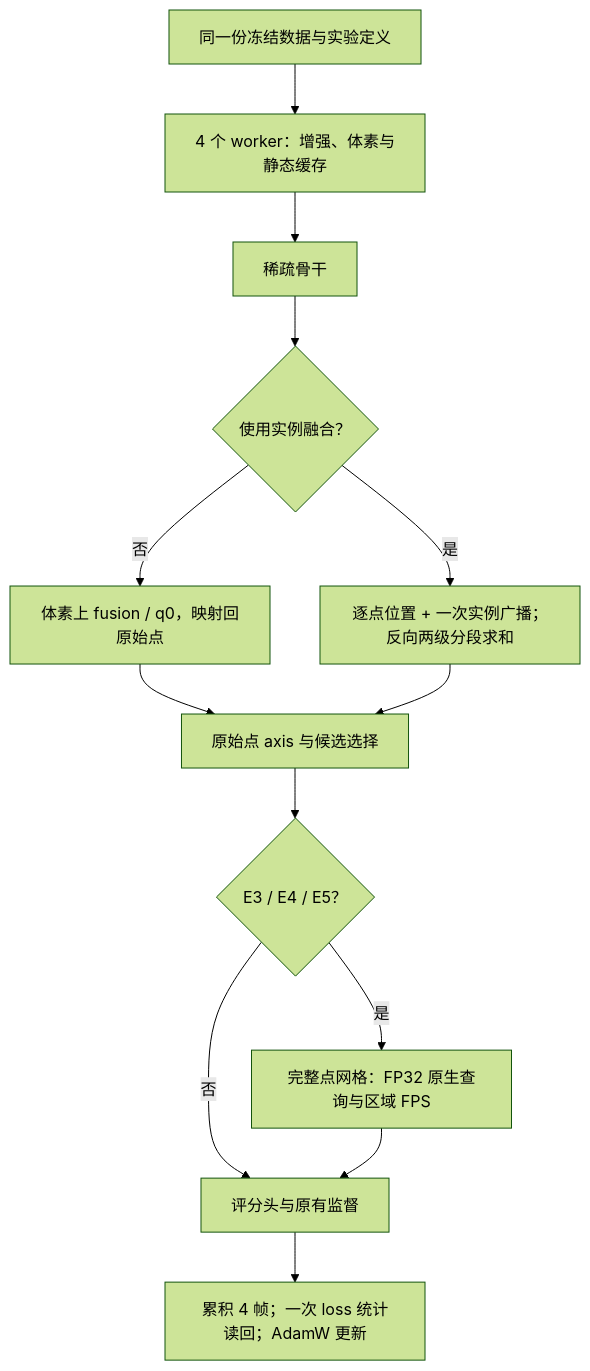
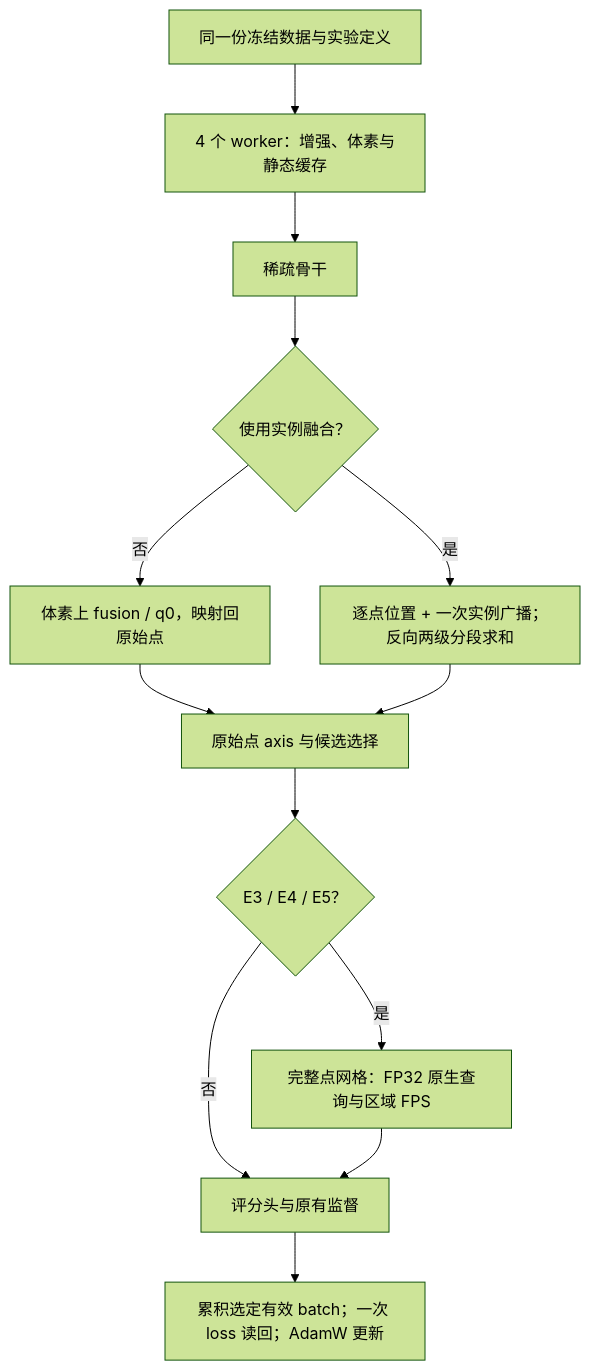
Before and after one commit to chichu-lv/suctionnet_modern_20mm: the diagram in docs/FROM_SCRATCH_PERFORMANCE.md, drawn with Mermaid (forest theme). The commit also changed other lines of this file and 17 other files, not shown here.

````diff
--- a/docs/FROM_SCRATCH_PERFORMANCE.md
+++ b/docs/FROM_SCRATCH_PERFORMANCE.md
@@ -31,15 +31,15 @@
 ```mermaid
 flowchart TB
     A["同一份冻结数据与实验定义"] --> B["4 个 worker：增强、体素与静态缓存"]
     B --> C["稀疏骨干"]
     C --> D{"使用实例融合？"}
     D -->|否| E["体素上 fusion / q0，映射回原始点"]
     D -->|是| F["逐点位置 + 一次实例广播；反向两级分段求和"]
     E --> G["原始点 axis 与候选选择"]
     F --> G
     G --> H{"E3 / E4 / E5？"}
     H -->|是| I["完整点网格：FP32 原生查询与区域 FPS"]
     H -->|否| J["评分头与原有监督"]
     I --> J
-    J --> K["累积 4 帧；一次 loss 统计读回；AdamW 更新"]
+    J --> K["累积选定有效 batch；一次 loss 读回；AdamW 更新"]
 ```
````
